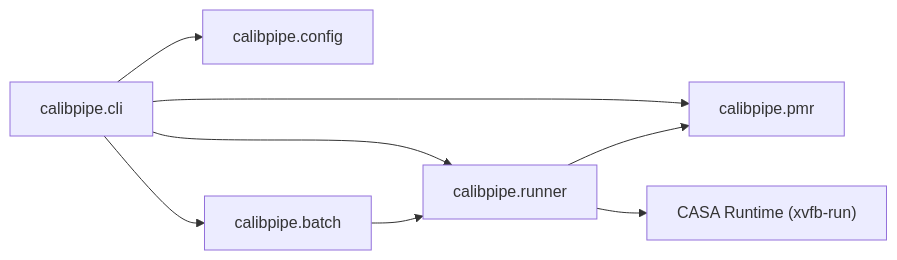
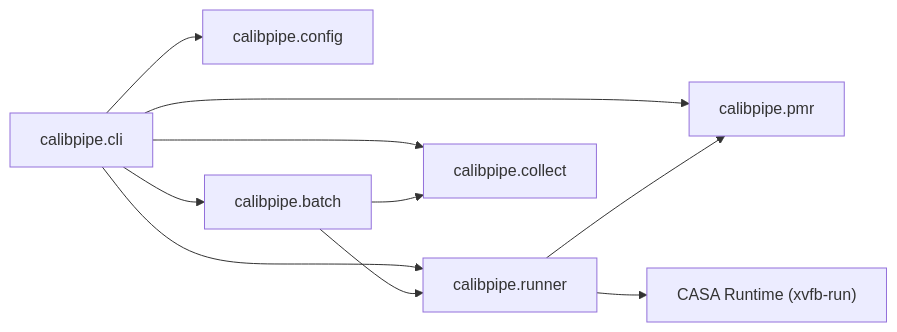
One commit to ra-pipeline/calibpipe changed the diagram in docs/api/index.md. Above: the diagram before and after it, drawn with Mermaid. The commit also changed other lines of this file and 12 other files, not shown here.

````diff
--- a/docs/api/index.md
+++ b/docs/api/index.md
@@ -19,10 +20,12 @@
 ```mermaid
 flowchart LR
     CLI["calibpipe.cli"] --> Config["calibpipe.config"]
     CLI --> Runner["calibpipe.runner"]
     CLI --> Batch["calibpipe.batch"]
+    CLI --> Collect["calibpipe.collect"]
     CLI --> PMR["calibpipe.pmr"]
+    Batch --> Collect
     Batch --> Runner
     Runner --> PMR
     Runner --> CASA["CASA Runtime (xvfb-run)"]
 ```
````
